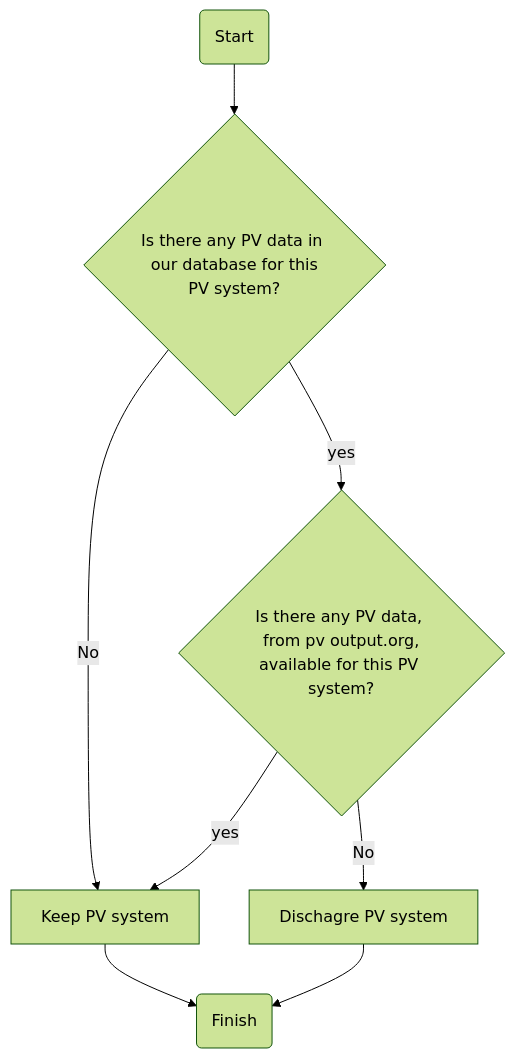
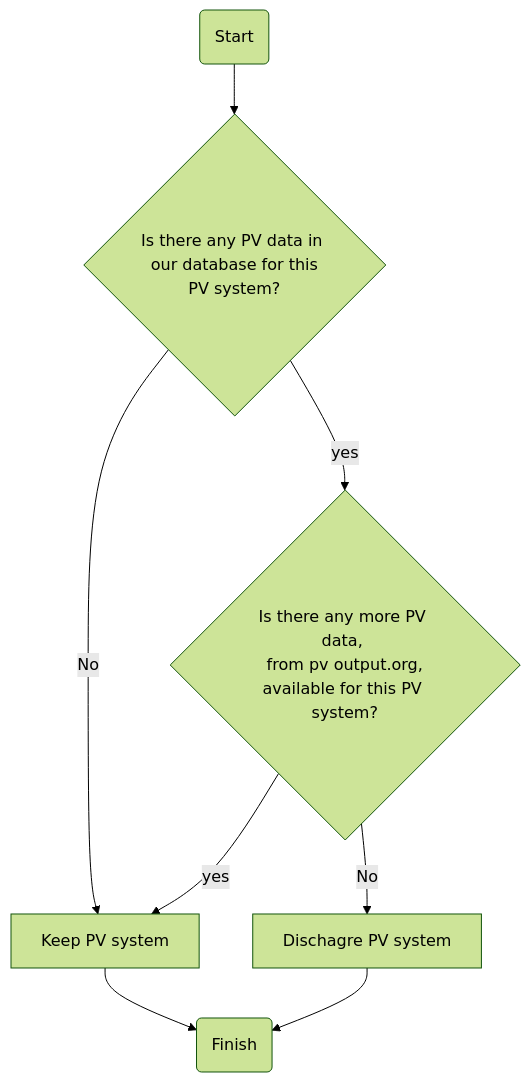
One commit to openclimatefix/pvoutput changed the third of 4 diagrams in pvoutput/live/readme.md. Above: the diagram before and after it, drawn with Mermaid (forest theme).

````diff
--- a/pvoutput/live/readme.md
+++ b/pvoutput/live/readme.md
@@ -27,10 +27,10 @@
 ```mermaid 
    graph TD
     B0(Start) --> B1{Is there any PV data in <br/> our database for this PV system?}
     B1 --> |No| B2[Keep PV system]
-    B1--> |yes| B3{Is there any PV data, <br/> from pv output.org, <br/>available for this PV system?}
+    B1--> |yes| B3{Is there any more PV data, <br/> from pv output.org, <br/>available for this PV system?}
     B3 --> |yes| B2
     B3 --> |No| B5[Dischagre PV system]
     B2 --> B6(Finish)
     B5 --> B6
 ```
````
